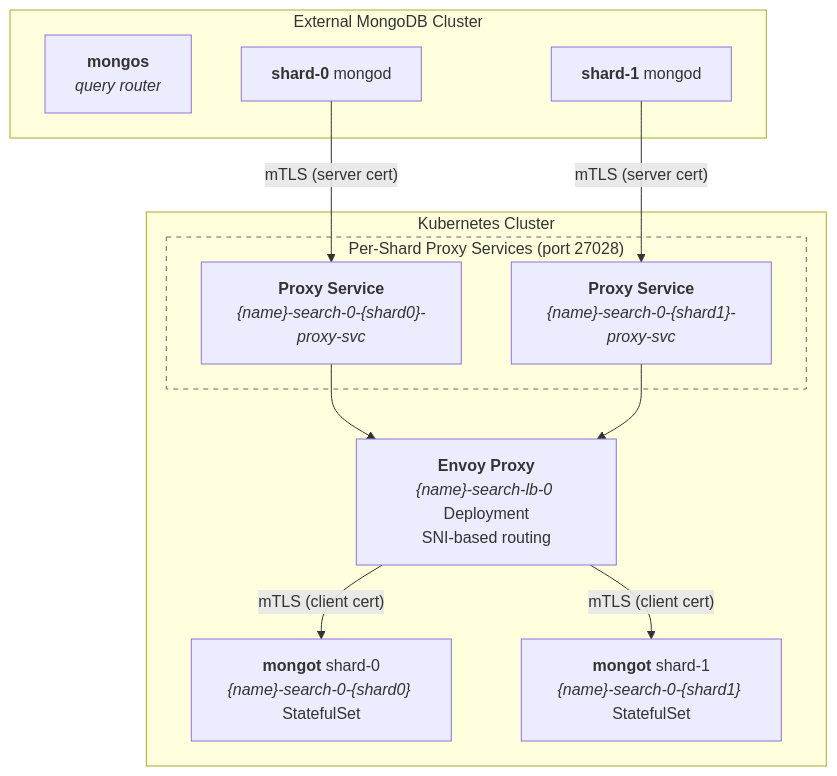
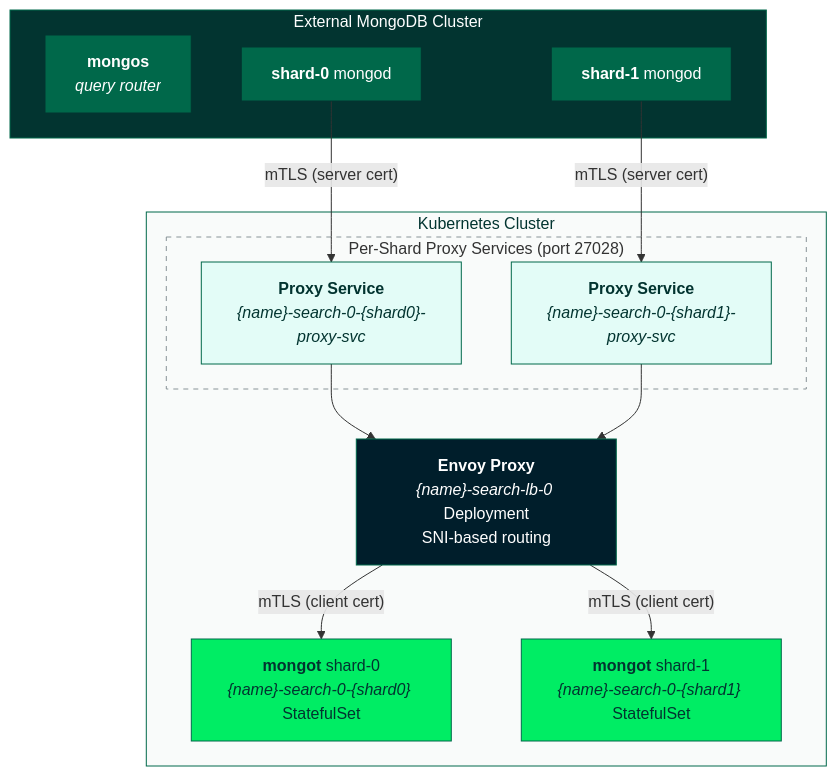
The first of 2 diagrams in docs/search/07-search-external-sharded-mongod-managed-lb/README.md (mongodb/mongodb-kubernetes), drawn with Mermaid before and after one commit. The commit also changed other lines of this file and 3 other files, not shown here.

Commit message:
Style Mermaid diagrams with MongoDB brand colors

````diff
--- a/docs/search/07-search-external-sharded-mongod-managed-lb/README.md
+++ b/docs/search/07-search-external-sharded-mongod-managed-lb/README.md
@@ -20,29 +20,41 @@
 ```mermaid
 graph TD
     subgraph ext["External MongoDB Cluster"]
         mongos["<b>mongos</b><br/><i>query router</i>"]
         s0["<b>shard-0</b> mongod"]
         s1["<b>shard-1</b> mongod"]
     end
 
     subgraph k8s["Kubernetes Cluster"]
         subgraph proxy["Per-Shard Proxy Services (port 27028)"]
             ps0["<b>Proxy Service</b><br/><i>{name}-search-0-{shard0}-proxy-svc</i>"]
             ps1["<b>Proxy Service</b><br/><i>{name}-search-0-{shard1}-proxy-svc</i>"]
         end
 
         envoy["<b>Envoy Proxy</b><br/><i>{name}-search-lb-0</i> Deployment<br/>SNI-based routing"]
 
         m0["<b>mongot</b> shard-0<br/><i>{name}-search-0-{shard0}</i> StatefulSet"]
         m1["<b>mongot</b> shard-1<br/><i>{name}-search-0-{shard1}</i> StatefulSet"]
     end
 
     s0 -- "mTLS (server cert)" --> ps0
     s1 -- "mTLS (server cert)" --> ps1
     ps0 --> envoy
     ps1 --> envoy
     envoy -- "mTLS (client cert)" --> m0
     envoy -- "mTLS (client cert)" --> m1
 
-    style proxy fill:none,stroke:#666,stroke-dasharray:5 5
+    classDef mongod fill:#00684A,stroke:#023430,color:#fff
+    classDef mongot fill:#00ED64,stroke:#00684A,color:#023430
+    classDef envoyNode fill:#001E2B,stroke:#00684A,color:#fff
+    classDef svc fill:#E3FCF7,stroke:#00684A,color:#023430
+
+    class mongos,s0,s1 mongod
+    class m0,m1 mongot
+    class envoy envoyNode
+    class ps0,ps1 svc
+
+    style ext fill:#023430,stroke:#00684A,color:#fff
+    style k8s fill:#F9FBFA,stroke:#00684A,color:#023430
+    style proxy fill:none,stroke:#889397,stroke-dasharray:5 5
 ```
````
